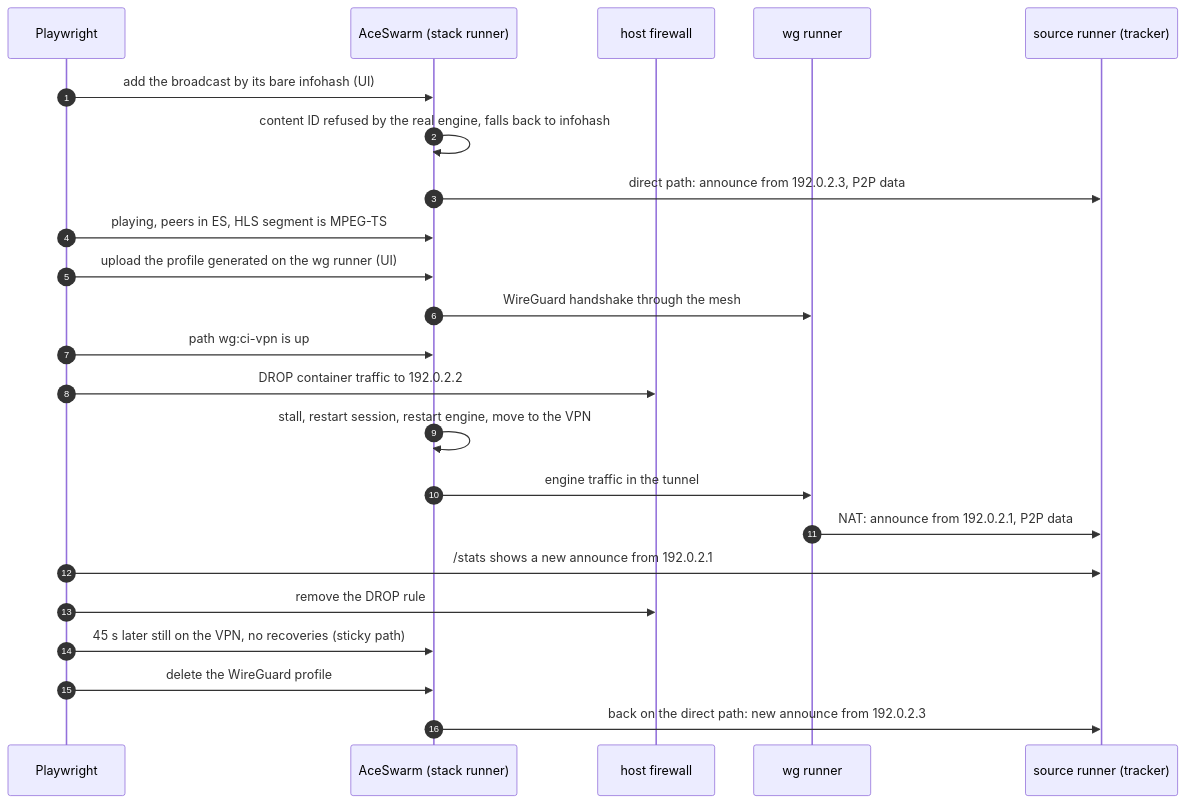
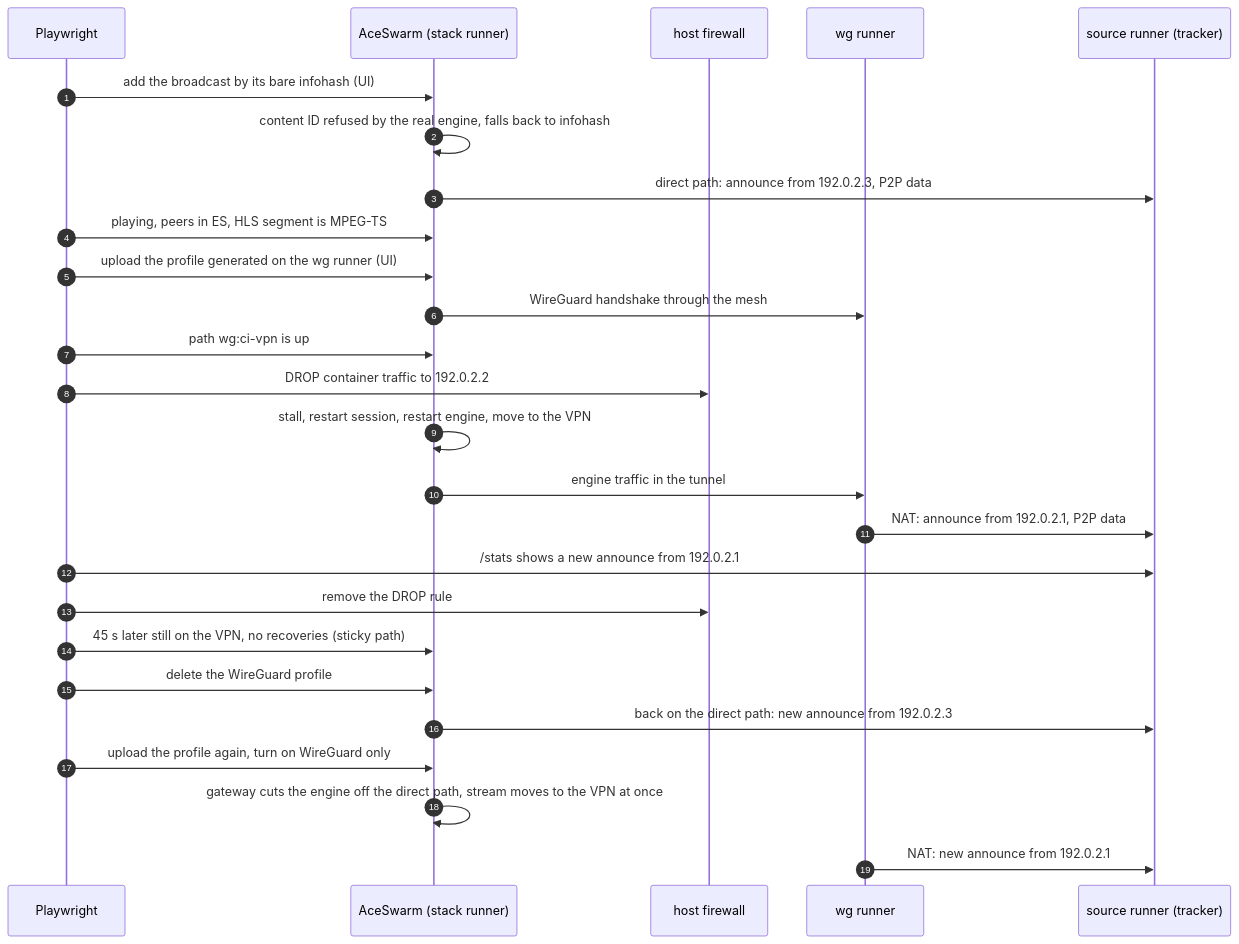
Before and after one commit to sergimn/AceSwarm: the seventh of 7 diagrams in e2e/README.md, drawn with Mermaid. The commit also changed other lines of this file and 27 other files, not shown here.

First line of the commit message:
Add a WireGuard only switch that keeps streams off the direct path

````diff
--- a/e2e/README.md
+++ b/e2e/README.md
@@ -216,25 +217,28 @@
 ```mermaid
 sequenceDiagram
   autonumber
   participant T as Playwright
   participant AS as AceSwarm (stack runner)
   participant FW as host firewall
   participant WG as wg runner
   participant SRC as source runner (tracker)
   T->>AS: add the broadcast by its bare infohash (UI)
   AS->>AS: content ID refused by the real engine, falls back to infohash
   AS->>SRC: direct path: announce from 192.0.2.3, P2P data
   T->>AS: playing, peers in ES, HLS segment is MPEG-TS
   T->>AS: upload the profile generated on the wg runner (UI)
   AS->>WG: WireGuard handshake through the mesh
   T->>AS: path wg:ci-vpn is up
   T->>FW: DROP container traffic to 192.0.2.2
   AS->>AS: stall, restart session, restart engine, move to the VPN
   AS->>WG: engine traffic in the tunnel
   WG->>SRC: NAT: announce from 192.0.2.1, P2P data
   T->>SRC: /stats shows a new announce from 192.0.2.1
   T->>FW: remove the DROP rule
   T->>AS: 45 s later still on the VPN, no recoveries (sticky path)
   T->>AS: delete the WireGuard profile
   AS->>SRC: back on the direct path: new announce from 192.0.2.3
+  T->>AS: upload the profile again, turn on WireGuard only
+  AS->>AS: gateway cuts the engine off the direct path, stream moves to the VPN at once
+  WG->>SRC: NAT: new announce from 192.0.2.1
 ```
````
